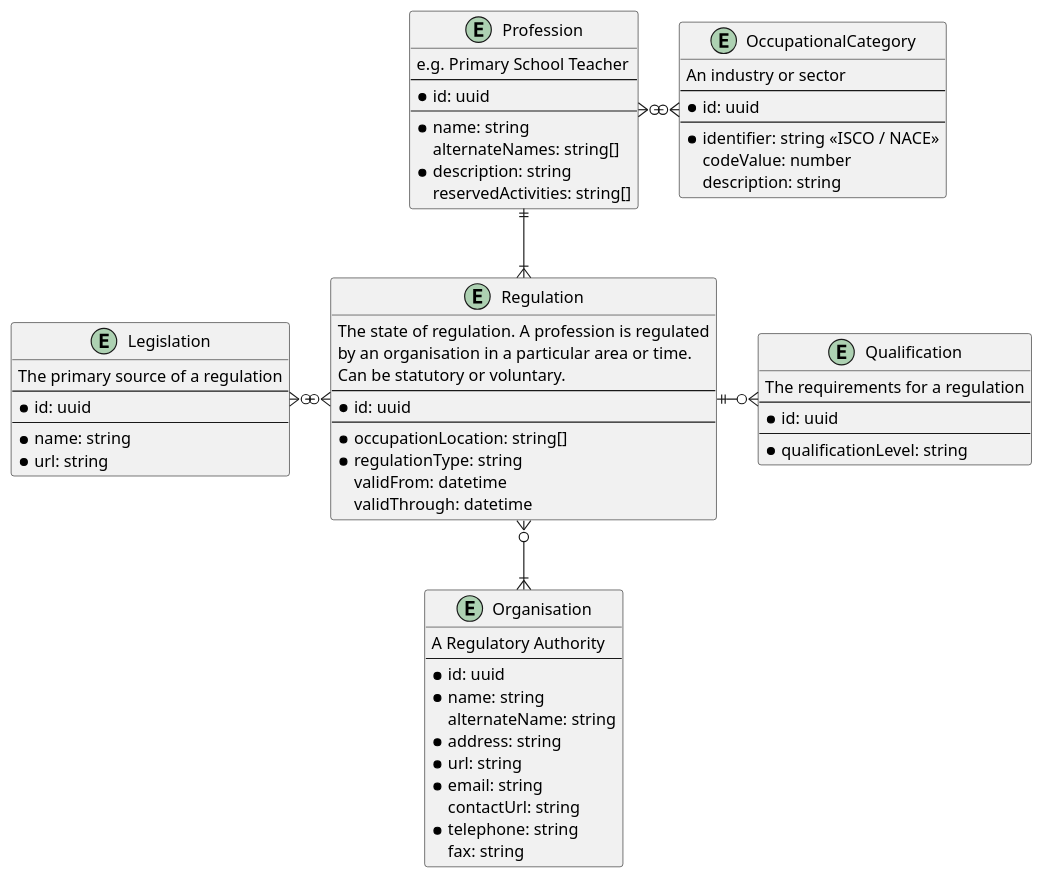
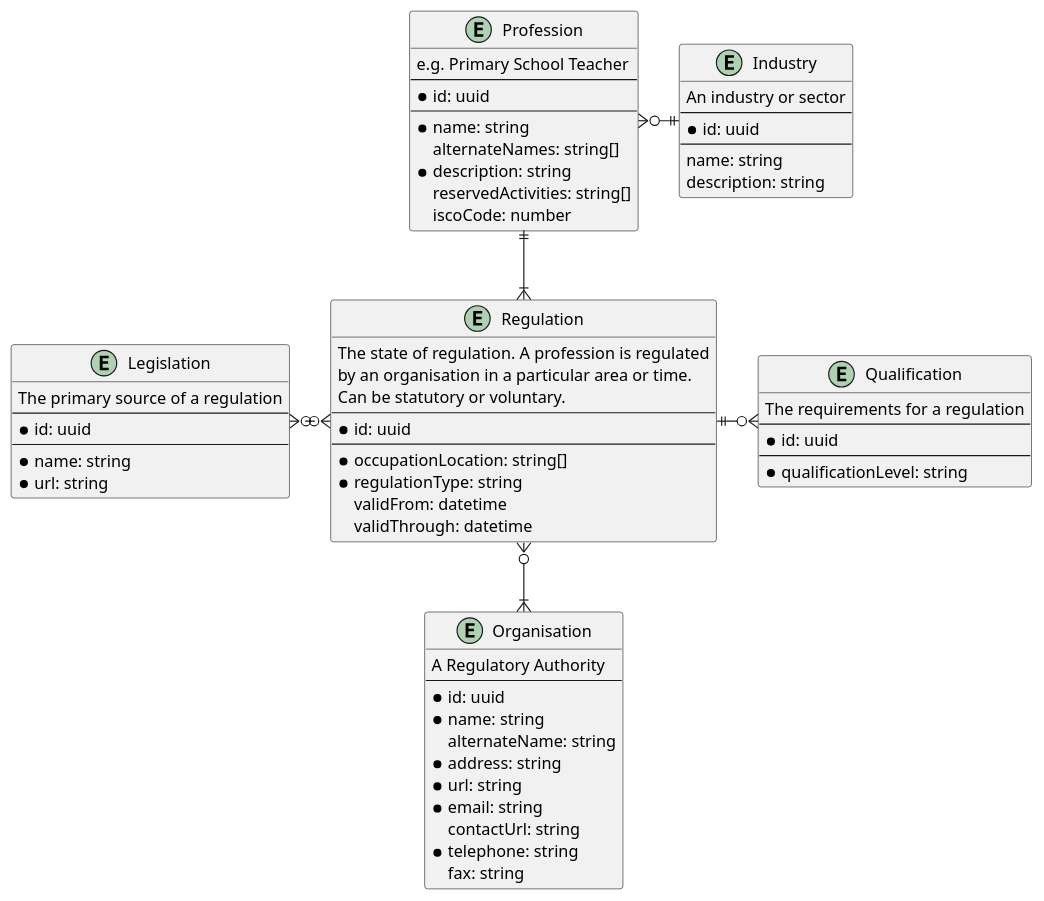
Before and after one commit to UKGovernmentBEIS/regulated-professions-register: the diagram in doc/architecture/diagrams/organisations-and-professions/organisations-and-professions.wsd, drawn with PlantUML.

Commit message:
move ISCO code into profession, and change OccupationalCategory to a more general Industry record

```diff
--- a/doc/architecture/diagrams/organisations-and-professions/organisations-and-professions.wsd
+++ b/doc/architecture/diagrams/organisations-and-professions/organisations-and-professions.wsd
@@ -1,75 +1,75 @@
 @startuml organisations-and-professions
 entity Organisation {
   A Regulatory Authority
   --
   * id: uuid
   * name: string
   alternateName: string
   * address: string
   * url: string
   * email: string
   contactUrl: string
   * telephone: string
   fax: string
 }
 
 entity Regulation {
   The state of regulation. A profession is regulated
   by an organisation in a particular area or time.
   Can be statutory or voluntary.
   --
   * id: uuid
   --
   * occupationLocation: string[]
   * regulationType: string
   validFrom: datetime
   validThrough: datetime
 }
 
 entity Profession {
   e.g. Primary School Teacher
   --
   * id: uuid
   --
   * name: string
   alternateNames: string[]
   * description: string
   reservedActivities: string[]
+  iscoCode: number
 }
 
 entity Qualification {
   The requirements for a regulation
   --
   * id: uuid
   --
   * qualificationLevel: string
 }
 
 entity Legislation {
   The primary source of a regulation
   --
   * id: uuid
   --
   * name: string
   * url: string
 }
 
-entity OccupationalCategory {
+entity Industry {
   An industry or sector
   --
   * id: uuid
   --
-  * identifier: string <<ISCO / NACE>>
-  codeValue: number
+  name: string
   description: string
 }
 
-Profession }o-o{ OccupationalCategory
+Profession }o-|| Industry
 
 Profession ||--|{ Regulation
 
 Legislation }o-o{ Regulation
 Regulation ||-o{ Qualification
 
 Regulation }o--|{ Organisation
 @enduml
```
